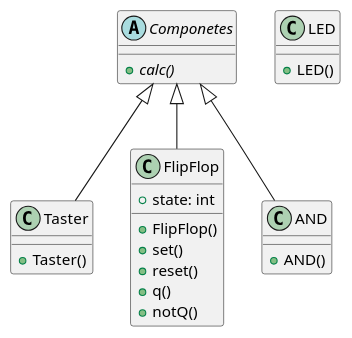
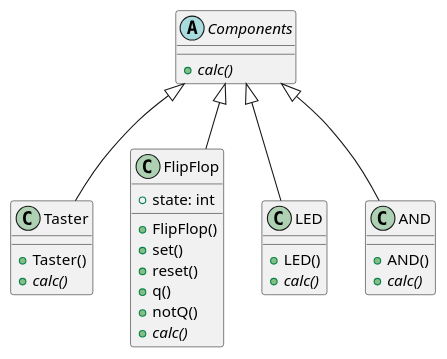
The diagram in src/Klassen_UML.puml (Ali8105/sew5_sem1), drawn with PlantUML before and after one commit. The commit also changed 2 other files, not shown here.

Commit message:
Components wurde hizugefügt

```diff
--- a/src/Klassen_UML.puml
+++ b/src/Klassen_UML.puml
@@ -1,32 +1,37 @@
 @startuml
 
-abstract class Componetes{
+abstract class Components{
  + {abstract} calc()
 }
 
 class Taster {
  + Taster()
+ + {abstract} calc()
 }
 
 class FlipFlop{
  + FlipFlop()
  + state: int
  + set()
  + reset()
  + q()
  + notQ()
+ + {abstract} calc()
 }
 
 class LED{
  + LED()
+ + {abstract} calc()
 }
 
 class AND{
  + AND()
+ + {abstract} calc()
 }
 
-Componetes <|-- FlipFlop
-Componetes <|-- AND
-Componetes <|-- Taster
+Components <|-- FlipFlop
+Components <|-- AND
+Components <|-- LED
+Components <|-- Taster
 
 @enduml
```
